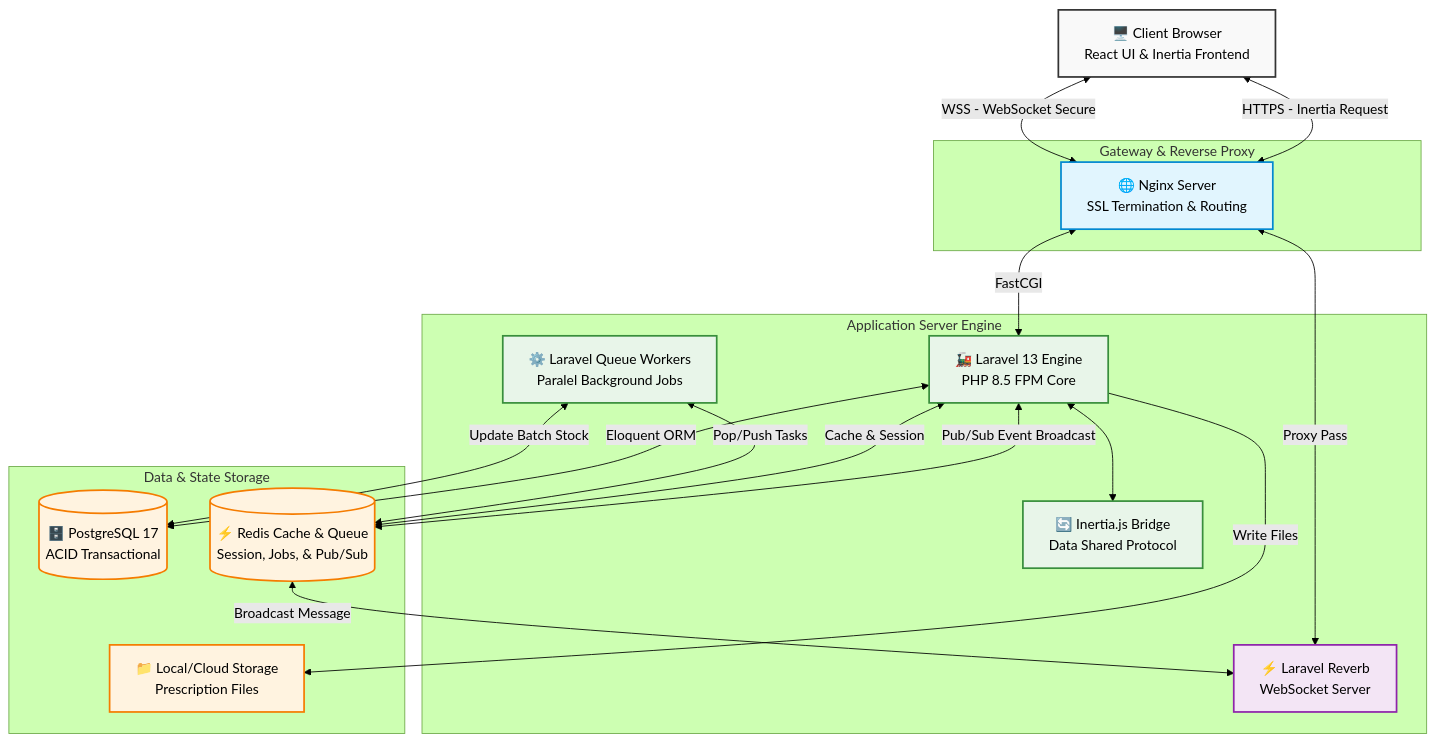
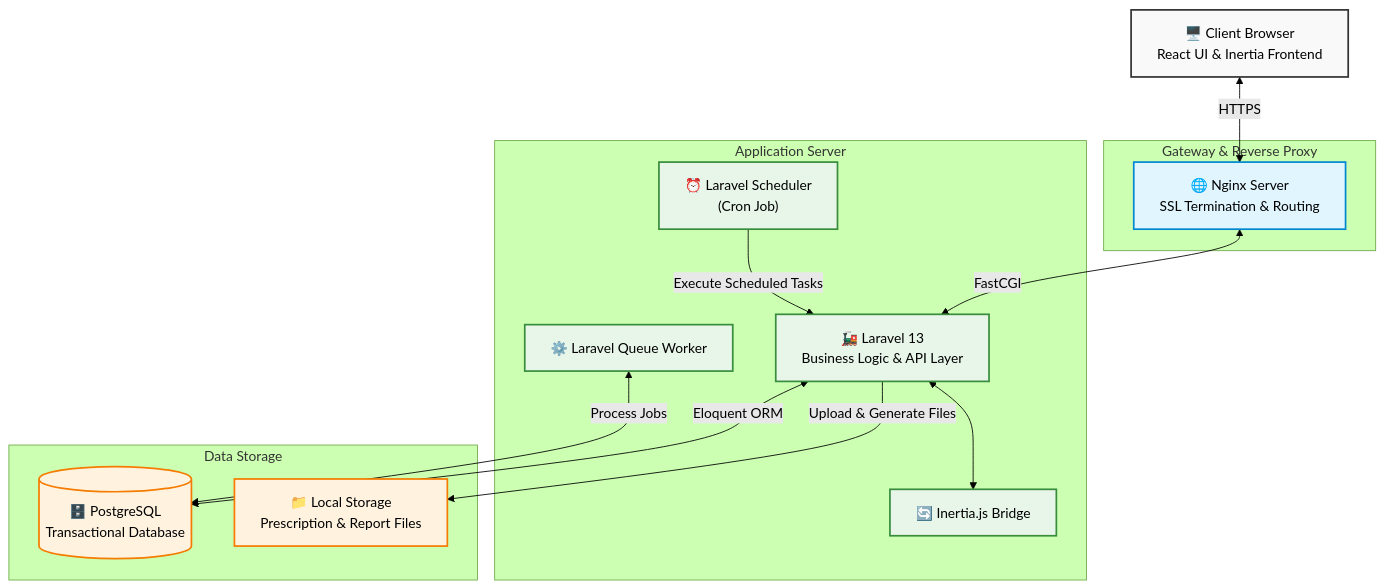
One commit to ahmadsubhand/klinik-makmur-jaya changed the diagram in docs/03_sdd.md. Above: the diagram before and after it, drawn with Mermaid (forest theme). The commit also changed other lines of this file and 11 other files, not shown here.

````diff
--- a/docs/03_sdd.md
+++ b/docs/03_sdd.md
@@ -9,46 +13,37 @@
 ```mermaid
 flowchart TD
-    %% Definisi Elemen Desain & Tema Warna
+
     classDef client fill:#f9f9f9,stroke:#333,stroke-width:2px;
     classDef proxy fill:#e1f5fe,stroke:#0288d1,stroke-width:2px;
     classDef app fill:#e8f5e9,stroke:#388e3c,stroke-width:2px;
     classDef storage fill:#fff3e0,stroke:#f57c00,stroke-width:2px;
-    classDef ws fill:#f3e5f5,stroke:#8e24aa,stroke-width:2px;
 
-    %% Client Layer
     User["🖥️ Client Browser<br>React UI & Inertia Frontend"]:::client
 
-    %% Proxy Layer
-    subgraph Proxy_Layer ["Gateway & Reverse Proxy"]
+    subgraph Proxy_Layer["Gateway & Reverse Proxy"]
         Nginx["🌐 Nginx Server<br>SSL Termination & Routing"]:::proxy
     end
 
-    %% Application Layer
-    subgraph App_Layer ["Application Server Engine"]
-        Laravel["🚂 Laravel 13 Engine<br>PHP 8.5 FPM Core"]:::app
-        Inertia["🔄 Inertia.js Bridge<br>Data Shared Protocol"]:::app
-        Worker["⚙️ Laravel Queue Workers<br>Paralel Background Jobs"]:::app
-        Reverb["⚡ Laravel Reverb<br>WebSocket Server"]:::ws
+    subgraph App_Layer["Application Server"]
+        Laravel["🚂 Laravel 13<br>Business Logic & API Layer"]:::app
+        Inertia["🔄 Inertia.js Bridge"]:::app
+        Worker["⚙️ Laravel Queue Worker"]:::app
+        Scheduler["⏰ Laravel Scheduler<br>(Cron Job)"]:::app
     end
 
-    %% Storage & Cache Layer
-    subgraph Storage_Layer ["Data & State Storage"]
-        PostgreSQL[("🗄️ PostgreSQL 17<br>ACID Transactional")]:::storage
-        Redis[("⚡ Redis Cache & Queue<br>Session, Jobs, & Pub/Sub")]:::storage
-        Storage["📁 Local/Cloud Storage<br>Prescription Files"]:::storage
+    subgraph Storage_Layer["Data Storage"]
+        PostgreSQL[("🗄️ PostgreSQL<br>Transactional Database")]:::storage
+        Storage["📁 Local Storage<br>Prescription & Report Files"]:::storage
     end
 
-    %% Alur Koneksi
-    User <-->|HTTPS - Inertia Request| Nginx
-    User <-->|WSS - WebSocket Secure| Nginx
+    User <-->|HTTPS| Nginx
     Nginx <-->|FastCGI| Laravel
-    Nginx <-->|Proxy Pass| Reverb
+
     Laravel <--> Inertia
     Laravel <-->|Eloquent ORM| PostgreSQL
-    Laravel <-->|Pub/Sub Event Broadcast| Redis
-    Redis <-->|Broadcast Message| Reverb
-    Laravel <-->|Cache & Session| Redis
-    Worker <-->|Pop/Push Tasks| Redis
-    Worker <-->|Update Batch Stock| PostgreSQL
-    Laravel --->|Write Files| Storage
+
+    Worker <-->|Process Jobs| PostgreSQL
+    Scheduler -->|Execute Scheduled Tasks| Laravel
+
+    Laravel -->|Upload & Generate Files| Storage
 ```
````
